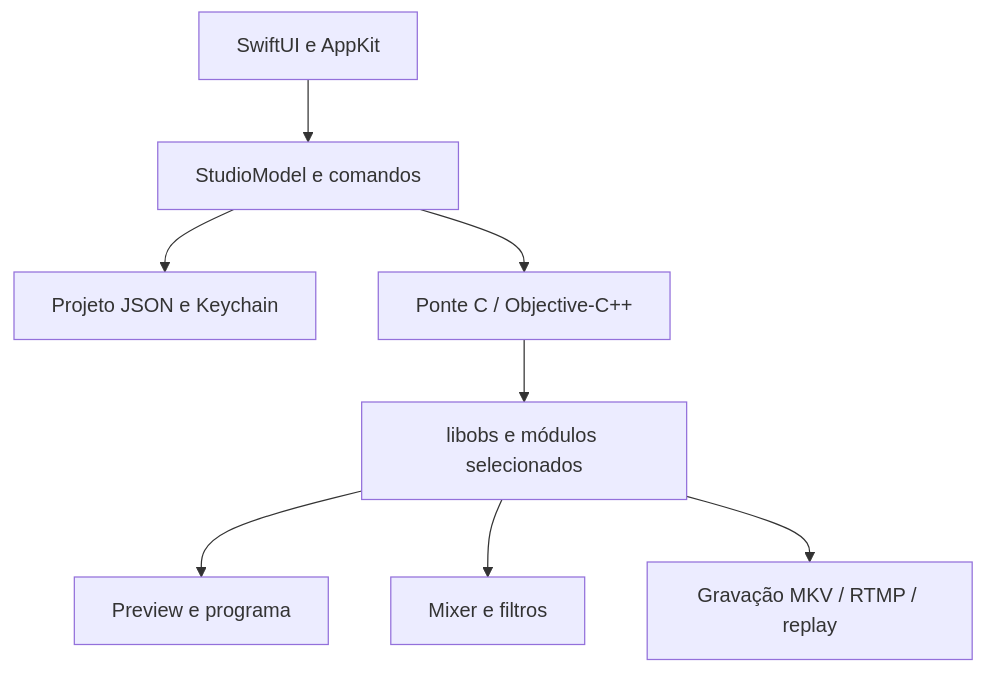
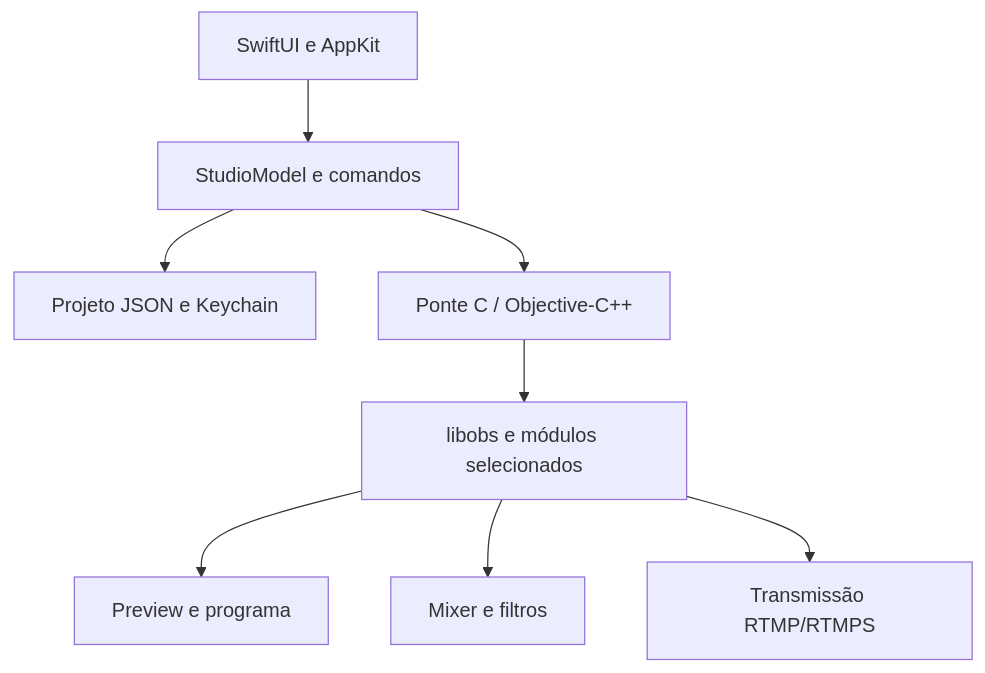
One commit to dantetesta/dante-live changed the diagram in docs/ARCHITECTURE.md. Above: the diagram before and after it, drawn with Mermaid. The commit also changed other lines of this file and 17 other files, not shown here.

````diff
--- a/docs/ARCHITECTURE.md
+++ b/docs/ARCHITECTURE.md
@@ -5,10 +5,10 @@
 ```mermaid
 flowchart TD
     UI[SwiftUI e AppKit] --> Model[StudioModel e comandos]
     Model --> Store[Projeto JSON e Keychain]
     Model --> Bridge[Ponte C / Objective-C++]
     Bridge --> OBS[libobs e módulos selecionados]
     OBS --> Preview[Preview e programa]
     OBS --> Audio[Mixer e filtros]
-    OBS --> Outputs[Gravação MKV / RTMP / replay]
+    OBS --> Outputs[Transmissão RTMP/RTMPS]
 ```
````
